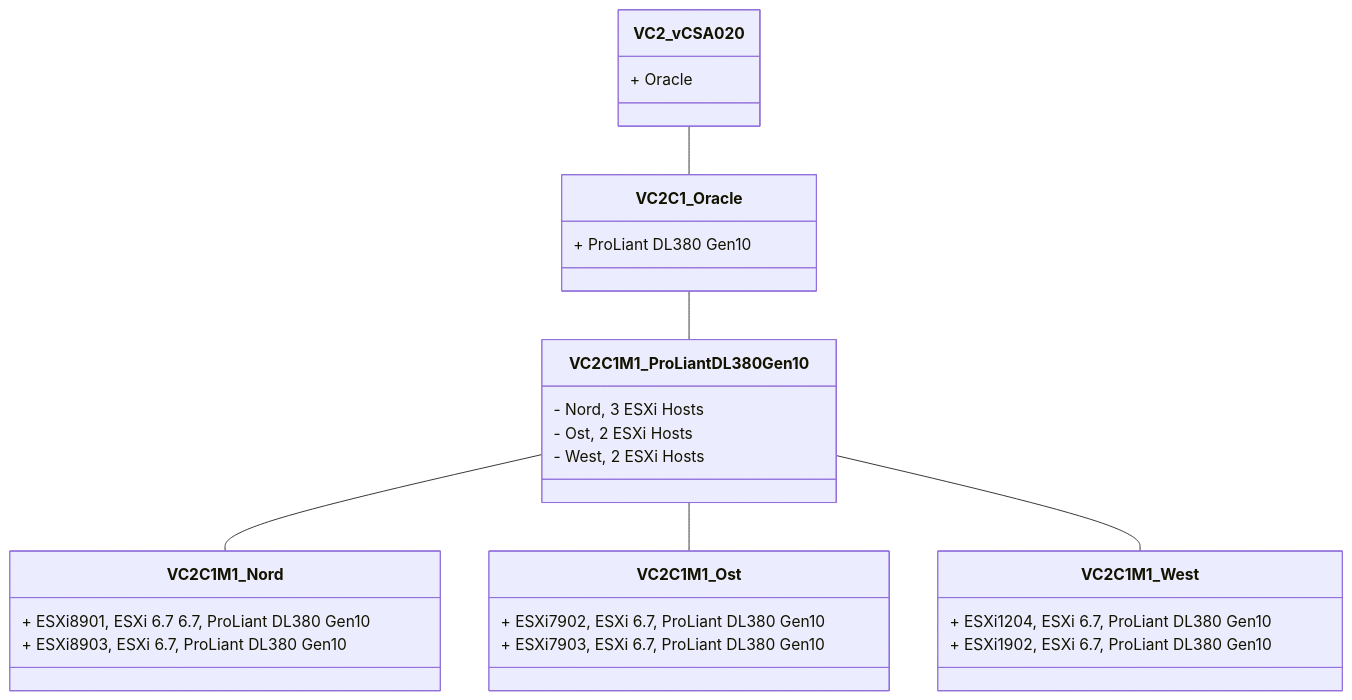
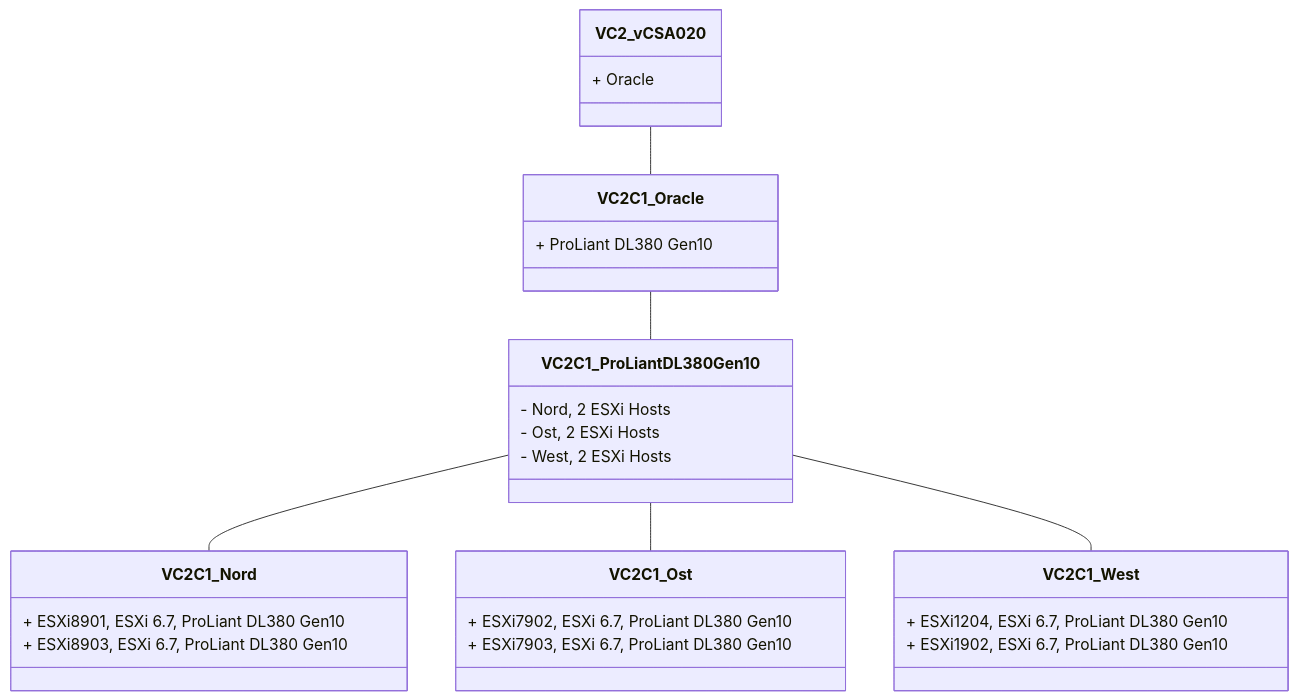
Before and after one commit to tinuwalther/PSXiDiag: the second of 4 diagrams in Markdown ESXiHost Inventory.md, drawn with Mermaid. The commit also changed other lines of this file and 14 other files, not shown here.

`````diff
--- a/Markdown ESXiHost Inventory.md
+++ b/Markdown ESXiHost Inventory.md
@@ -62,19 +62,19 @@
 ````mermaid
 classDiagram
 VC2_vCSA020 -- VC2C1_Oracle
 VC2_vCSA020 : + Oracle
 VC2C1_Oracle : + ProLiant DL380 Gen10
-VC2C1_Oracle -- VC2C1M1_ProLiant DL380 Gen10
-VC2C1M1_ProLiant DL380 Gen10 : - Nord, 3 ESXi Hosts
-VC2C1M1_ProLiant DL380 Gen10 -- VC2C1M1_Nord
-VC2C1M1_Nord : + ESXi8901, ESXi 6.7 6.7, ProLiant DL380 Gen10
-VC2C1M1_Nord : + ESXi8903, ESXi 6.7, ProLiant DL380 Gen10
-VC2C1M1_ProLiant DL380 Gen10 : - Ost, 2 ESXi Hosts
-VC2C1M1_ProLiant DL380 Gen10 -- VC2C1M1_Ost
-VC2C1M1_Ost : + ESXi7902, ESXi 6.7, ProLiant DL380 Gen10
-VC2C1M1_Ost : + ESXi7903, ESXi 6.7, ProLiant DL380 Gen10
-VC2C1M1_ProLiant DL380 Gen10 : - West, 2 ESXi Hosts
-VC2C1M1_ProLiant DL380 Gen10 -- VC2C1M1_West
-VC2C1M1_West : + ESXi1204, ESXi 6.7, ProLiant DL380 Gen10
-VC2C1M1_West : + ESXi1902, ESXi 6.7, ProLiant DL380 Gen10
+VC2C1_Oracle -- VC2C1_ProLiant DL380 Gen10
+VC2C1_ProLiant DL380 Gen10 : - Nord, 2 ESXi Hosts
+VC2C1_ProLiant DL380 Gen10 -- VC2C1_Nord
+VC2C1_Nord : + ESXi8901, ESXi 6.7, ProLiant DL380 Gen10
+VC2C1_Nord : + ESXi8903, ESXi 6.7, ProLiant DL380 Gen10
+VC2C1_ProLiant DL380 Gen10 : - Ost, 2 ESXi Hosts
+VC2C1_ProLiant DL380 Gen10 -- VC2C1_Ost
+VC2C1_Ost : + ESXi7902, ESXi 6.7, ProLiant DL380 Gen10
+VC2C1_Ost : + ESXi7903, ESXi 6.7, ProLiant DL380 Gen10
+VC2C1_ProLiant DL380 Gen10 : - West, 2 ESXi Hosts
+VC2C1_ProLiant DL380 Gen10 -- VC2C1_West
+VC2C1_West : + ESXi1204, ESXi 6.7, ProLiant DL380 Gen10
+VC2C1_West : + ESXi1902, ESXi 6.7, ProLiant DL380 Gen10
 ````
`````
